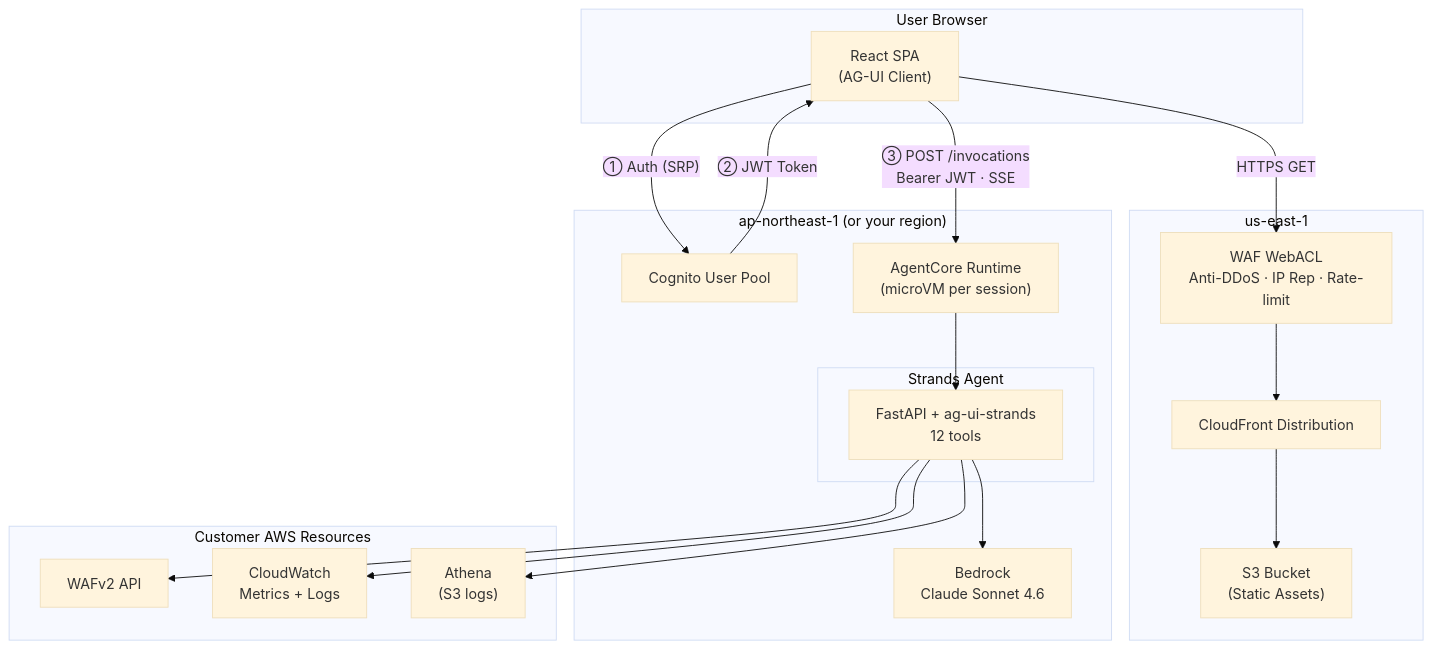
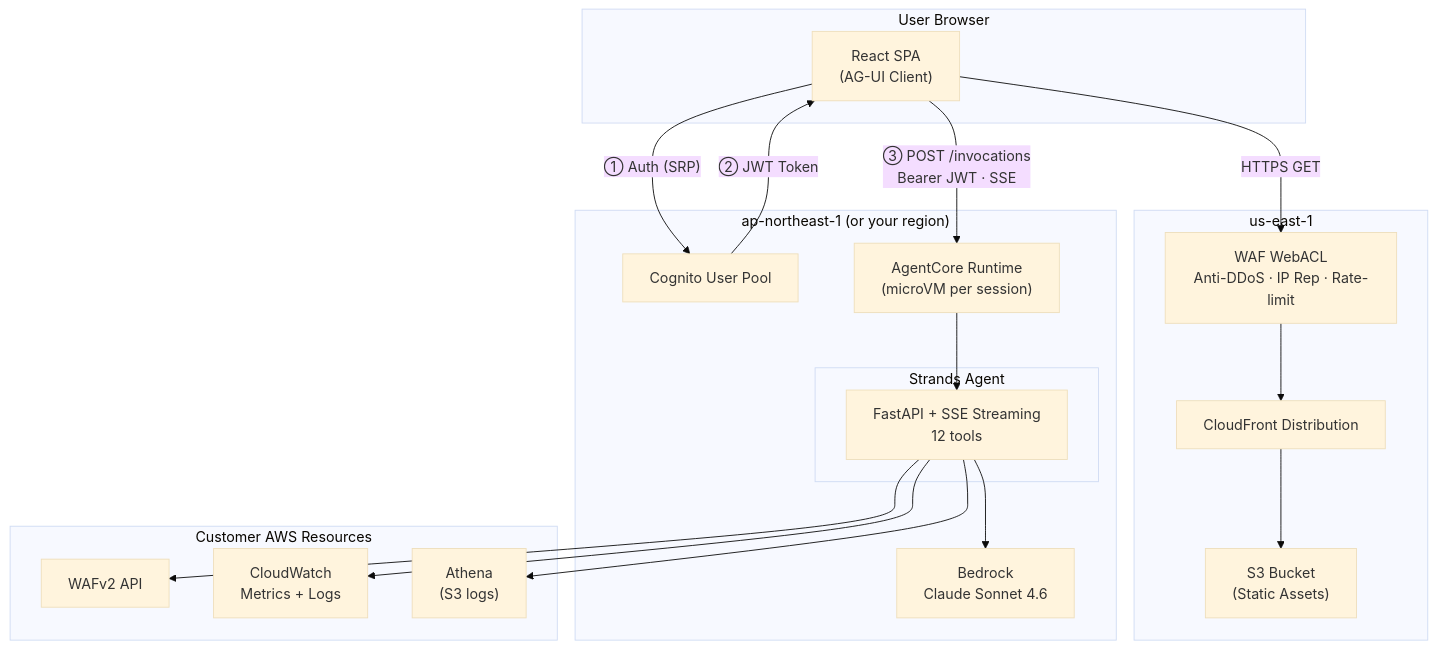
Before and after one commit to aws-samples/sample-building-a-conversational-ai-agent-for-aws-waf-analysis-with-agentcore: the diagram in README.md, drawn with Mermaid (base theme). The commit also changed other lines of this file and 3 other files, not shown here.

````diff
--- a/README.md
+++ b/README.md
@@ -52,38 +52,38 @@
 ```mermaid
 graph TB
     subgraph User["User Browser"]
         SPA["React SPA<br/>(AG-UI Client)"]
     end
 
     subgraph CF["us-east-1"]
         CloudFront["CloudFront Distribution"]
         WAF_FE["WAF WebACL<br/>Anti-DDoS · IP Rep · Rate-limit"]
         S3["S3 Bucket<br/>(Static Assets)"]
     end
 
     subgraph Backend["ap-northeast-1 (or your region)"]
         Cognito["Cognito User Pool"]
         AC["AgentCore Runtime<br/>(microVM per session)"]
         subgraph Agent["Strands Agent"]
-            FastAPI["FastAPI + ag-ui-strands<br/>12 tools"]
+            FastAPI["FastAPI + SSE Streaming<br/>12 tools"]
         end
         Bedrock["Bedrock<br/>Claude Sonnet 4.6"]
     end
 
     subgraph AWS["Customer AWS Resources"]
         WAFv2["WAFv2 API"]
         CW["CloudWatch<br/>Metrics + Logs"]
         Athena["Athena<br/>(S3 logs)"]
     end
 
     SPA -->|"HTTPS GET"| WAF_FE
     WAF_FE --> CloudFront --> S3
     SPA -->|"① Auth (SRP)"| Cognito
     Cognito -->|"② JWT Token"| SPA
     SPA -->|"③ POST /invocations<br/>Bearer JWT · SSE"| AC
     AC --> FastAPI
     FastAPI --> Bedrock
     FastAPI --> WAFv2
     FastAPI --> CW
     FastAPI --> Athena
 ```
````
